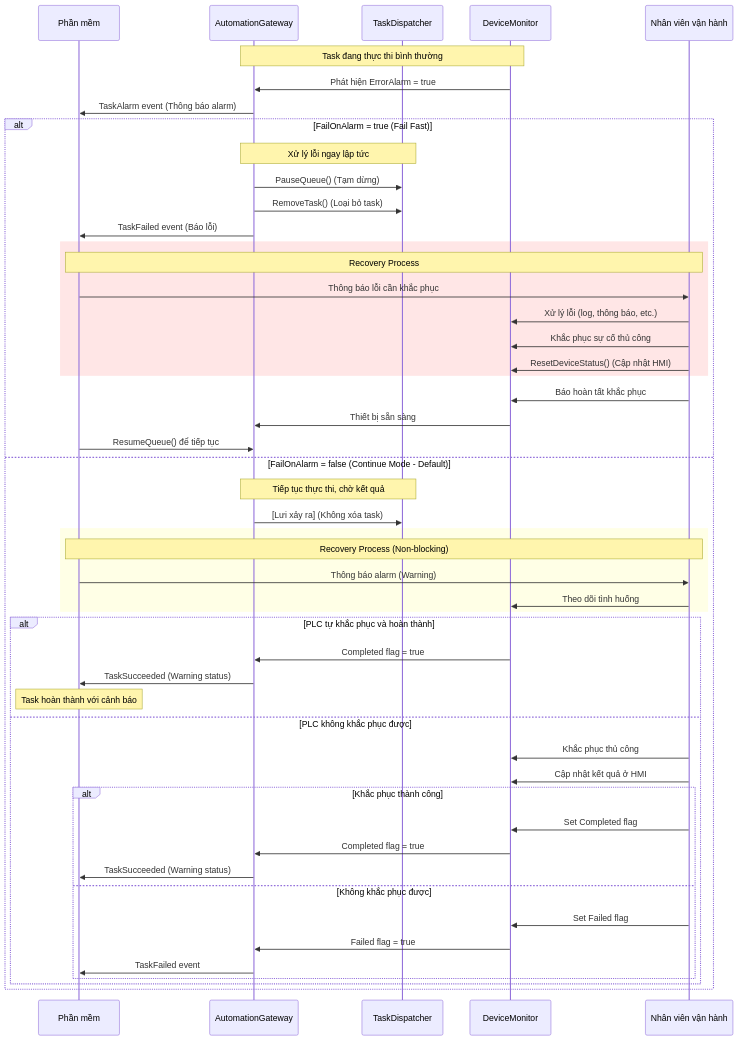
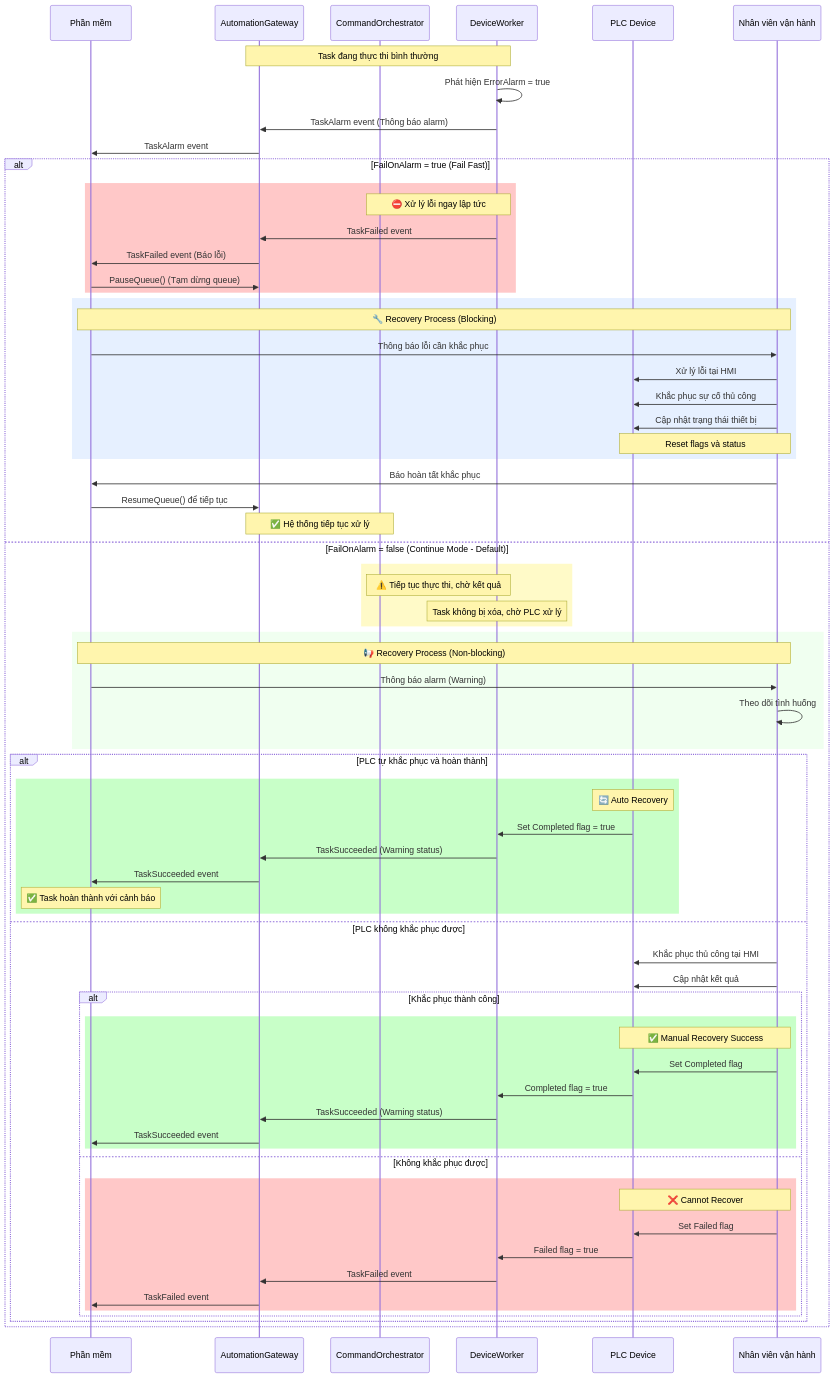
The third of 5 diagrams in docs/flows.md (honhatphi/wcs-conncetor), drawn with Mermaid before and after one commit. The commit also changed other lines of this file, not shown here.

Commit message:
Update recovery flow diagram with correct architecture components and improved color coding
- Replace deprecated TaskDispatcher/DeviceMonitor with CommandOrchestrator/DeviceWorker
- Add PLC Device as explicit participant in the flow
- Improve color coding for better visual tracking:
  * Red (rgb(255,200,200)) for failure/error states
  * Blue (rgb(230,240,255)) for blocking recovery process
  * Yellow (rgb(255,250,200)) for warning/continue states
  * Light green (rgb(240,255,240)) for non-blocking recovery
  * Green (rgb(200,255,200)) for success states
- Add emoji indicators (⛔⚠️✅❌🔧📢🔄) for quick status recognition
- Update workflow details to reference DeviceWorker and ReplyHub
- Clarify PauseQueue is called by application, not automatic

````diff
--- a/docs/flows.md
+++ b/docs/flows.md
@@ -132,62 +132,81 @@
 ```mermaid
 sequenceDiagram
     participant App as Phần mềm
     participant GW as AutomationGateway
-    participant Dispatcher as TaskDispatcher
-    participant Monitor as DeviceMonitor
+    participant ORC as CommandOrchestrator
+    participant Worker as DeviceWorker
+    participant PLC as PLC Device
     participant HMI as Nhân viên vận hành
     
-    Note over GW,Monitor: Task đang thực thi bình thường
+    Note over GW,Worker: Task đang thực thi bình thường
     
-    Monitor->>GW: Phát hiện ErrorAlarm = true
-    GW->>App: TaskAlarm event (Thông báo alarm)
+    Worker->>Worker: Phát hiện ErrorAlarm = true
+    Worker->>GW: TaskAlarm event (Thông báo alarm)
+    GW->>App: TaskAlarm event
     
     alt FailOnAlarm = true (Fail Fast)
-        Note over GW,Dispatcher: Xử lý lỗi ngay lập tức
-        GW->>Dispatcher: PauseQueue() (Tạm dừng)
-        GW->>Dispatcher: RemoveTask() (Loại bỏ task)
-        GW->>App: TaskFailed event (Báo lỗi)
-        
-        rect rgb(255, 230, 230)
-            Note over App,HMI: Recovery Process
-            App->>HMI: Thông báo lỗi cần khắc phục
-            HMI->>Monitor: Xử lý lỗi (log, thông báo, etc.)
-            HMI->>Monitor: Khắc phục sự cố thủ công
-            HMI->>Monitor: ResetDeviceStatus() (Cập nhật HMI)
+        rect rgb(255, 200, 200)
+            Note over Worker,ORC: ⛔ Xử lý lỗi ngay lập tức
+            Worker->>GW: TaskFailed event
+            GW->>App: TaskFailed event (Báo lỗi)
+            App->>GW: PauseQueue() (Tạm dừng queue)
         end
         
-        HMI->>Monitor: Báo hoàn tất khắc phục
-        Monitor->>GW: Thiết bị sẵn sàng
+        rect rgb(230, 240, 255)
+            Note over App,HMI: 🔧 Recovery Process (Blocking)
+            App->>HMI: Thông báo lỗi cần khắc phục
+            HMI->>PLC: Xử lý lỗi tại HMI
+            HMI->>PLC: Khắc phục sự cố thủ công
+            HMI->>PLC: Cập nhật trạng thái thiết bị
+            Note over HMI,PLC: Reset flags và status
+        end
+        
+        HMI->>App: Báo hoàn tất khắc phục
         App->>GW: ResumeQueue() để tiếp tục
+        Note over GW,ORC: ✅ Hệ thống tiếp tục xử lý
         
     else FailOnAlarm = false (Continue Mode - Default)
-        Note over GW,Dispatcher: Tiếp tục thực thi, chờ kết quả
-        GW->>Dispatcher: [Lưi xảy ra] (Không xóa task)
+        rect rgb(255, 250, 200)
+            Note over Worker,ORC: ⚠️ Tiếp tục thực thi, chờ kết quả
+            Note over Worker: Task không bị xóa, chờ PLC xử lý
+        end
         
-        rect rgb(255, 255, 230)
-            Note over App,HMI: Recovery Process (Non-blocking)
+        rect rgb(240, 255, 240)
+            Note over App,HMI: 📢 Recovery Process (Non-blocking)
             App->>HMI: Thông báo alarm (Warning)
-            HMI->>Monitor: Theo dõi tình huống
+            HMI->>HMI: Theo dõi tình huống
         end
         
         alt PLC tự khắc phục và hoàn thành
-            Monitor->>GW: Completed flag = true
-            GW->>App: TaskSucceeded (Warning status)
-            Note over App: Task hoàn thành với cảnh báo
+            rect rgb(200, 255, 200)
+                Note over PLC: 🔄 Auto Recovery
+                PLC->>Worker: Set Completed flag = true
+                Worker->>GW: TaskSucceeded (Warning status)
+                GW->>App: TaskSucceeded event
+                Note over App: ✅ Task hoàn thành với cảnh báo
+            end
             
         else PLC không khắc phục được
-            HMI->>Monitor: Khắc phục thủ công
-            HMI->>Monitor: Cập nhật kết quả ở HMI
+            HMI->>PLC: Khắc phục thủ công tại HMI
+            HMI->>PLC: Cập nhật kết quả
             
             alt Khắc phục thành công
-                HMI->>Monitor: Set Completed flag
-                Monitor->>GW: Completed flag = true
-                GW->>App: TaskSucceeded (Warning status)
+                rect rgb(200, 255, 200)
+                    Note over HMI,PLC: ✅ Manual Recovery Success
+                    HMI->>PLC: Set Completed flag
+                    PLC->>Worker: Completed flag = true
+                    Worker->>GW: TaskSucceeded (Warning status)
+                    GW->>App: TaskSucceeded event
+                end
             else Không khắc phục được
-                HMI->>Monitor: Set Failed flag
-                Monitor->>GW: Failed flag = true
-                GW->>App: TaskFailed event
+                rect rgb(255, 200, 200)
+                    Note over HMI,PLC: ❌ Cannot Recover
+                    HMI->>PLC: Set Failed flag
+                    PLC->>Worker: Failed flag = true
+                    Worker->>GW: TaskFailed event
+                    GW->>App: TaskFailed event
+                end
             end
         end
     end
 ```
````
